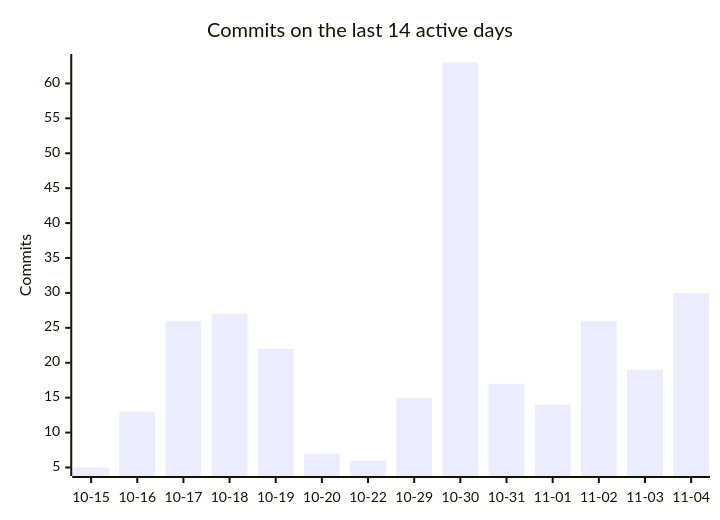
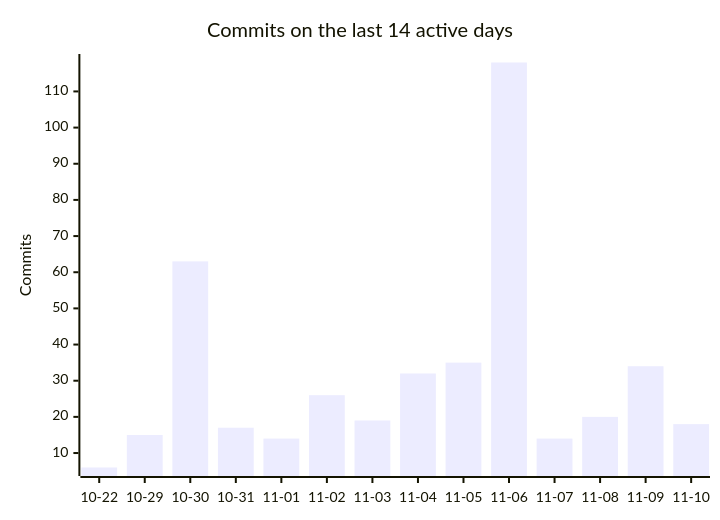
The third of 3 diagrams in README.md (PflanzenDex/PflanzenDex), drawn with Mermaid before and after one commit. The commit also changed other lines of this file and 61 other files, not shown here.

````diff
--- a/README.md
+++ b/README.md
@@ -73,7 +76,7 @@
 ```mermaid
 xychart-beta
   title "Commits on the last 14 active days"
-  x-axis ["10-15", "10-16", "10-17", "10-18", "10-19", "10-20", "10-22", "10-29", "10-30", "10-31", "11-01", "11-02", "11-03", "11-04"]
+  x-axis ["10-22", "10-29", "10-30", "10-31", "11-01", "11-02", "11-03", "11-04", "11-05", "11-06", "11-07", "11-08", "11-09", "11-10"]
   y-axis "Commits"
-  bar [5, 13, 26, 27, 22, 7, 6, 15, 63, 17, 14, 26, 19, 30]
+  bar [6, 15, 63, 17, 14, 26, 19, 32, 35, 118, 14, 20, 34, 18]
 ```
````
